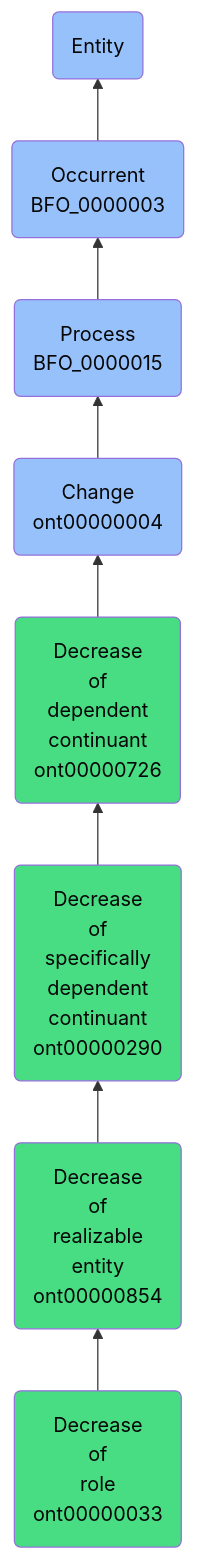
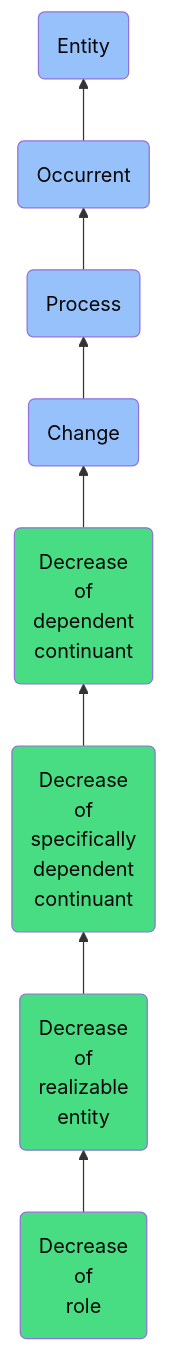
One commit to jupyter-naas/abi changed the diagram in docs/ontology/reference/model/Entity/Occurrent/Process/Change/Decrease of dependent continuant/Decrease of specifically dependent continuant/Decrease of realizable entity/Decrease of role/Decrease of role.md. Above: the diagram before and after it, drawn with Mermaid. The commit also changed other lines of this file and 1430 other files, not shown here.

````diff
--- a/docs/ontology/reference/model/Entity/Occurrent/Process/Change/Decrease of dependent continuant/Decrease of specifically dependent continuant/Decrease of realizable entity/Decrease of role/Decrease of role.md
+++ b/docs/ontology/reference/model/Entity/Occurrent/Process/Change/Decrease of dependent continuant/Decrease of specifically dependent continuant/Decrease of realizable entity/Decrease of role/Decrease of role.md
@@ -24,15 +24,15 @@
 ```mermaid
 graph BT
-    ont00000033(Decrease<br>of<br>role<br>ont00000033):::ABI-->ont00000854
-    ont00000854(Decrease<br>of<br>realizable<br>entity<br>ont00000854):::ABI-->ont00000290
-    ont00000290(Decrease<br>of<br>specifically<br>dependent<br>continuant<br>ont00000290):::ABI-->ont00000726
-    ont00000726(Decrease<br>of<br>dependent<br>continuant<br>ont00000726):::ABI-->ont00000004
-    ont00000004(Change<br>ont00000004):::BFO-->BFO_0000015
-    BFO_0000015(Process<br>BFO_0000015):::BFO-->BFO_0000003
-    BFO_0000003(Occurrent<br>BFO_0000003):::BFO-->BFO_0000001
+    ont00000033(Decrease<br>of<br>role):::ABI-->ont00000854
+    ont00000854(Decrease<br>of<br>realizable<br>entity):::ABI-->ont00000290
+    ont00000290(Decrease<br>of<br>specifically<br>dependent<br>continuant):::ABI-->ont00000726
+    ont00000726(Decrease<br>of<br>dependent<br>continuant):::ABI-->ont00000004
+    ont00000004(Change):::BFO-->BFO_0000015
+    BFO_0000015(Process):::BFO-->BFO_0000003
+    BFO_0000003(Occurrent):::BFO-->BFO_0000001
     BFO_0000001(Entity):::BFO
     
     classDef BFO fill:#97c1fb,color:#060606
     classDef CCO fill:#e4c51e,color:#060606
     classDef ABI fill:#48DD82,color:#060606
 ```
````
